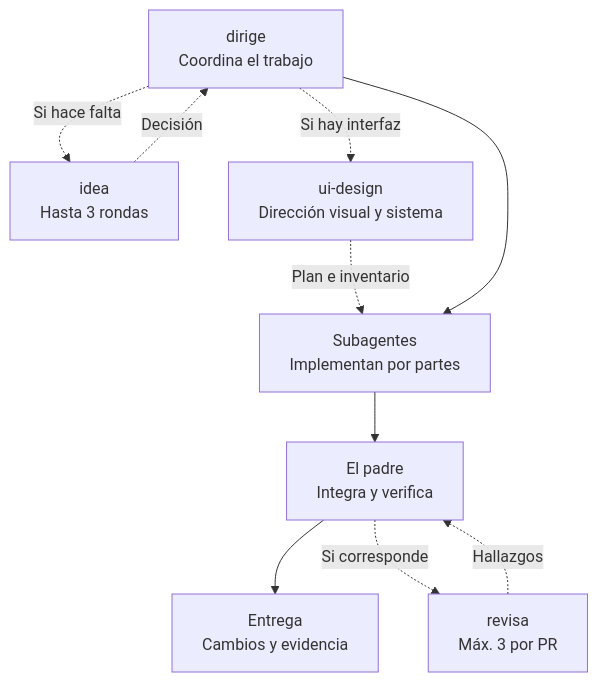
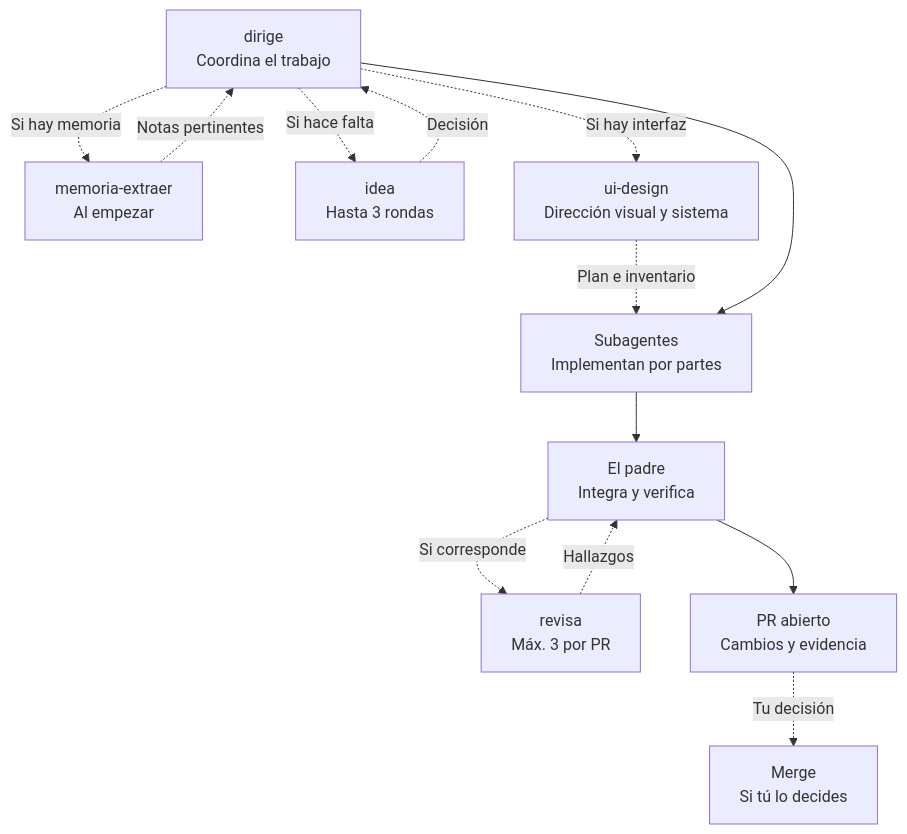
One commit to peqa-ai/peqa-workflows changed the first of 6 diagrams in README.md. Above: the diagram before and after it, drawn with Mermaid. The commit also changed other lines of this file and 16 other files, not shown here.

First line of the commit message:
feat: dirige recupera memoria y entrega siempre en PR; memoria-recuerda pasa a memoria-guardar (#9)

````diff
--- a/README.md
+++ b/README.md
@@ -11,21 +11,26 @@
 ```mermaid
 flowchart TD
     accTitle: Coordinación de una implementación con PEQA
-    accDescr: El padre coordina subagentes, integra y verifica su trabajo. Puede consultar idea para decisiones, fijar con ui-design la dirección visual antes de repartir trabajo de interfaz y pedir a revisa una revisión independiente. Los resultados vuelven al padre, que conserva la responsabilidad de entregar.
+    accDescr: Al empezar, dirige recupera con memoria-extraer las notas del proyecto pertinentes para el encargo, si hay memoria. El padre coordina subagentes, integra y verifica su trabajo. Puede consultar idea para decisiones, fijar con ui-design la dirección visual antes de repartir trabajo de interfaz y pedir a revisa una revisión independiente. Los resultados vuelven al padre, que conserva la responsabilidad de entregar. La entrega es un PR abierto, y el merge solo ocurre si el usuario lo decide.
 
     dirige["dirige<br/>Coordina el trabajo"]
+    memoria["memoria-extraer<br/>Al empezar"]
     idea["idea<br/>Hasta 3 rondas"]
     ui["ui-design<br/>Dirección visual y sistema"]
     agentes["Subagentes<br/>Implementan por partes"]
     padre["El padre<br/>Integra y verifica"]
     revisa["revisa<br/>Máx. 3 por PR"]
-    entrega["Entrega<br/>Cambios y evidencia"]
+    entrega["PR abierto<br/>Cambios y evidencia"]
+    merge["Merge<br/>Si tú lo decides"]
 
+    dirige -. "Si hay memoria" .-> memoria
+    memoria -. "Notas pertinentes" .-> dirige
     dirige -. "Si hace falta" .-> idea
     idea -. "Decisión" .-> dirige
     dirige -. "Si hay interfaz" .-> ui
     ui -. "Plan e inventario" .-> agentes
     dirige --> agentes --> padre --> entrega
+    entrega -. "Tu decisión" .-> merge
     padre -. "Si corresponde" .-> revisa
     revisa -. "Hallazgos" .-> padre
 ```
````
